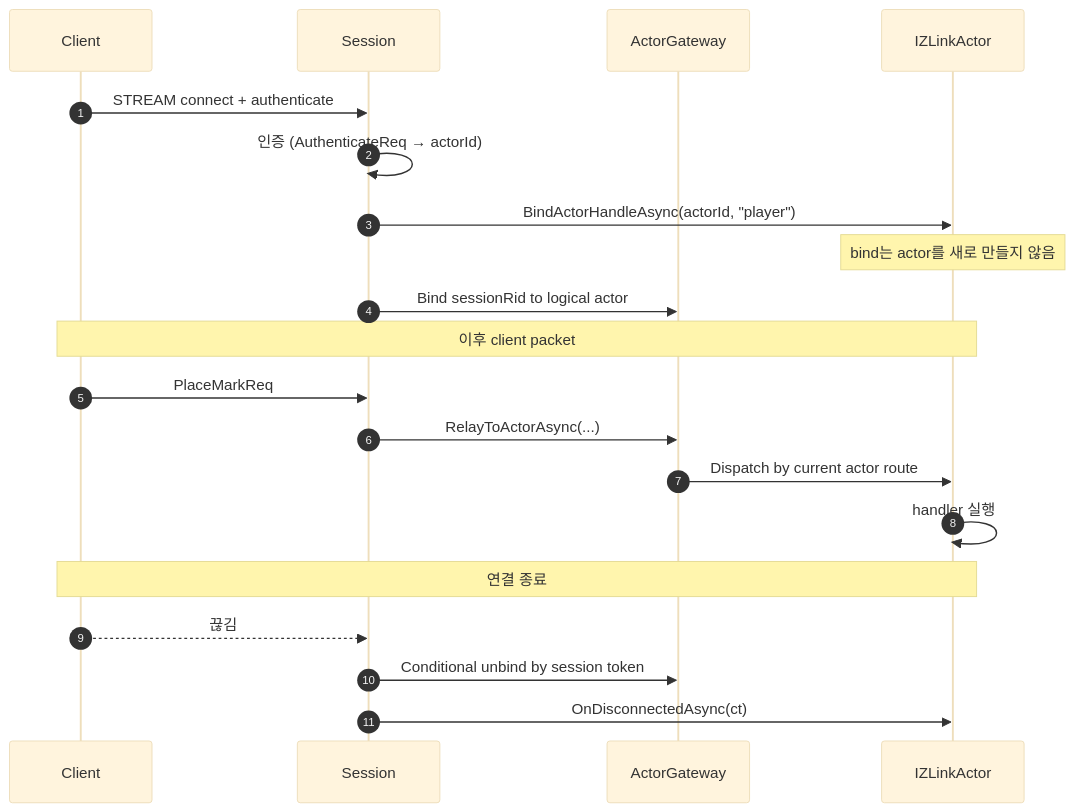
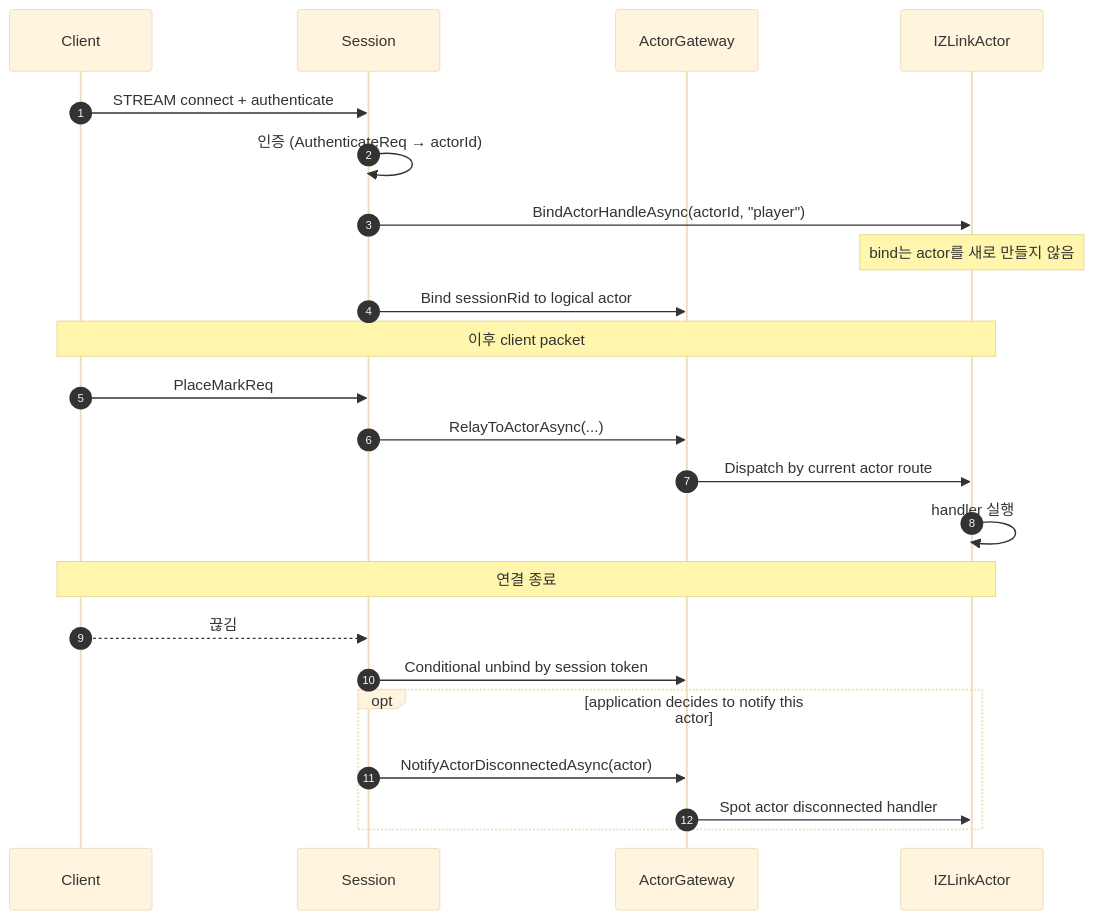
Before and after one commit to kairos-code-dev/zlink: the second of 3 diagrams in framework/languages/dotnet/doc/spec/aspnet-core-actor.ko.md, drawn with Mermaid (base theme). The commit also changed other lines of this file and 60 other files, not shown here.

````diff
--- a/framework/languages/dotnet/doc/spec/aspnet-core-actor.ko.md
+++ b/framework/languages/dotnet/doc/spec/aspnet-core-actor.ko.md
@@ -777,25 +771,28 @@
 ```mermaid
 sequenceDiagram
     autonumber
     participant C as Client
     participant S as Session
     participant G as ActorGateway
     participant Act as IZLinkActor
 
     C->>S: STREAM connect + authenticate
     S->>S: 인증 (AuthenticateReq → actorId)
     S->>Act: BindActorHandleAsync(actorId, "player")
     Note over Act: bind는 actor를 새로 만들지 않음
     S->>G: Bind sessionRid to logical actor
 
     Note over C,Act: 이후 client packet
     C->>S: PlaceMarkReq
     S->>G: RelayToActorAsync(...)
     G->>Act: Dispatch by current actor route
     Act->>Act: handler 실행
 
     Note over C,Act: 연결 종료
     C-->>S: 끊김
     S->>G: Conditional unbind by session token
-    S->>Act: OnDisconnectedAsync(ct)
+    opt application decides to notify this actor
+        S->>G: NotifyActorDisconnectedAsync(actor)
+        G->>Act: Spot actor disconnected handler
+    end
 ```
````
